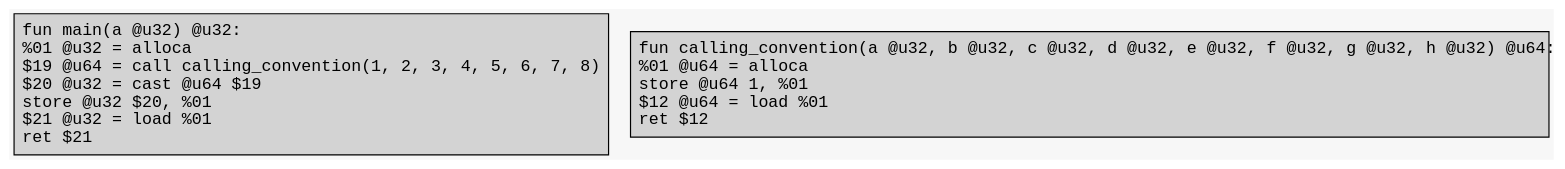
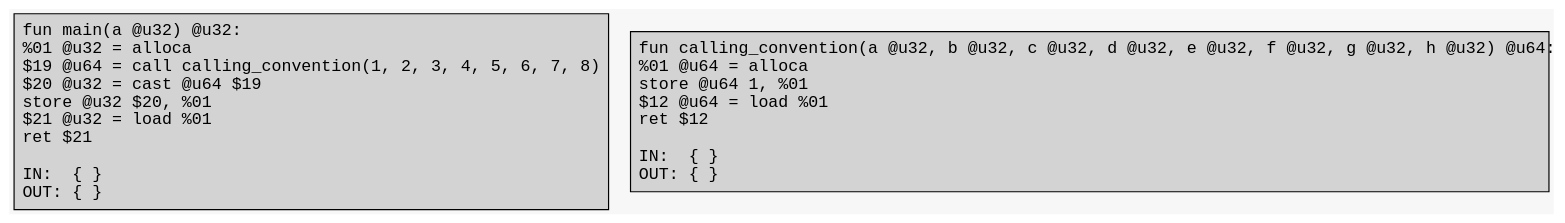
The diagram in example/cc/cc_opt.dot (Excse/arkoi_language), drawn with Graphviz before and after one commit. The commit also changed 22 other files, not shown here.

```diff
--- a/example/cc/cc_opt.dot
+++ b/example/cc/cc_opt.dot
@@ -1,10 +1,10 @@
 digraph CFG {
 	graph [fontname = "Monospace"];
 	node  [fontname = "Monospace", shape=box, style=filled, margin=0.1];
 	edge  [fontname = "Monospace"];
 	bgcolor = "#f7f7f7";
 	splines = false;
 
-	L0 [label="fun main(a @u32) @u32:\l %01 @u32 = alloca\l $19 @u64 = call calling_convention(1, 2, 3, 4, 5, 6, 7, 8)\l $20 @u32 = cast @u64 $19\l store @u32 $20, %01\l $21 @u32 = load %01\l ret $21\l"];
-	L2 [label="fun calling_convention(a @u32, b @u32, c @u32, d @u32, e @u32, f @u32, g @u32, h @u32) @u64:\l %01 @u64 = alloca\l store @u64 1, %01\l $12 @u64 = load %01\l ret $12\l"];
+	L0 [label="fun main(a @u32) @u32:\l %01 @u32 = alloca\l $19 @u64 = call calling_convention(1, 2, 3, 4, 5, 6, 7, 8)\l $20 @u32 = cast @u64 $19\l store @u32 $20, %01\l $21 @u32 = load %01\l ret $21\l\lIN:  { }\lOUT: { }\l"];
+	L2 [label="fun calling_convention(a @u32, b @u32, c @u32, d @u32, e @u32, f @u32, g @u32, h @u32) @u64:\l %01 @u64 = alloca\l store @u64 1, %01\l $12 @u64 = load %01\l ret $12\l\lIN:  { }\lOUT: { }\l"];
 }
```
